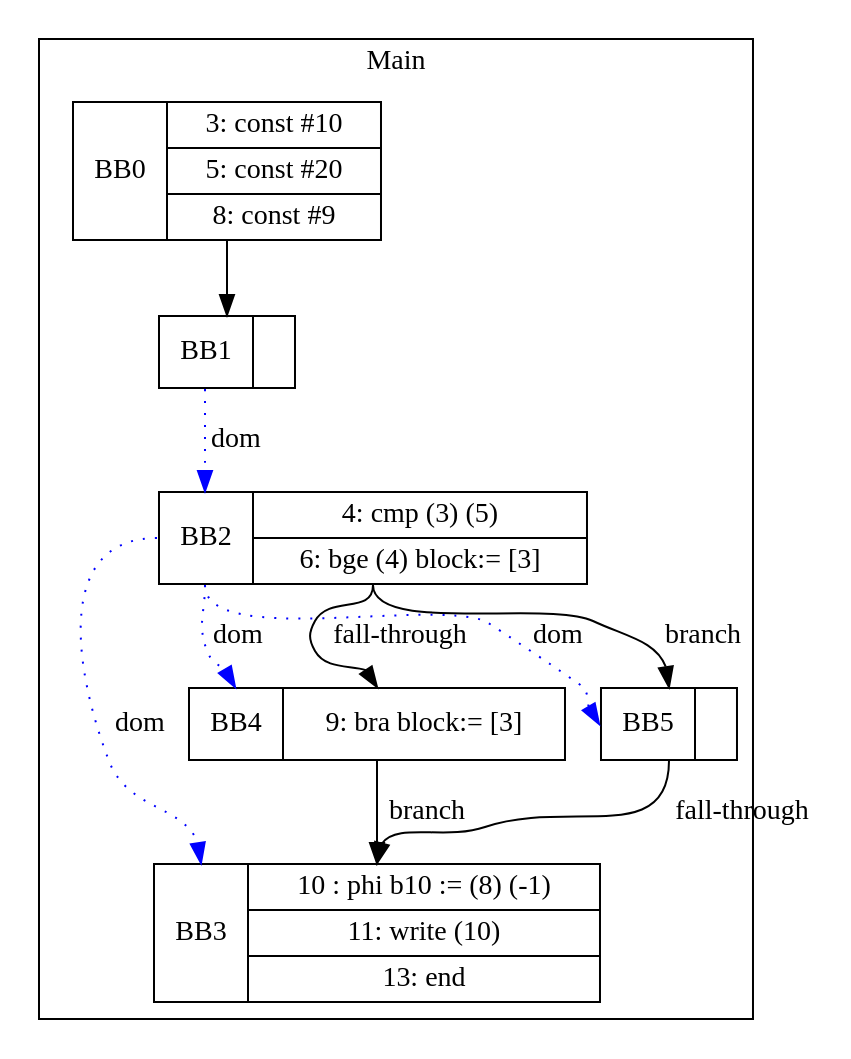
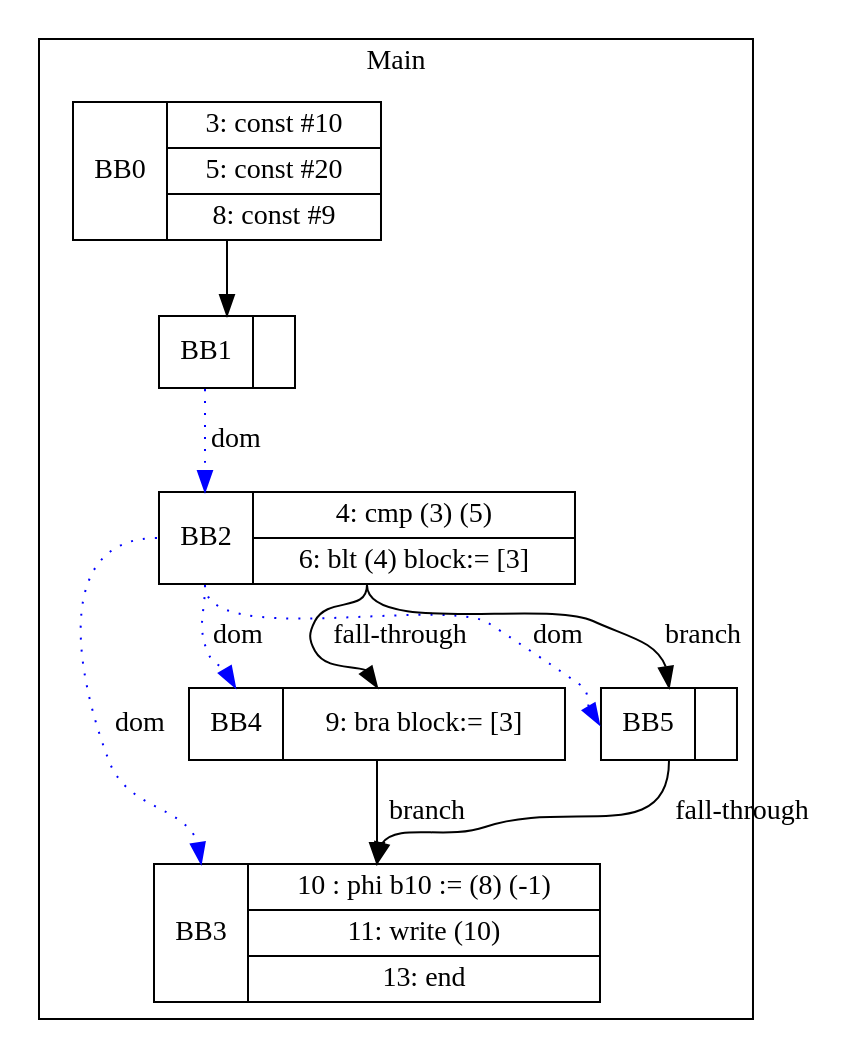
One commit to zjc664656505/UCI-CS241-Advanced-Compiler-main changed the diagram in visualization/Simon/if_no_else.gv. Above: the diagram before and after it, drawn with Graphviz. The commit also changed 46 other files, not shown here.

```diff
--- a/visualization/Simon/if_no_else.gv
+++ b/visualization/Simon/if_no_else.gv
@@ -1,21 +1,21 @@
 digraph G {
 node [shape=record];
 subgraph cluster_main{
 label = "Main";
 BB0 [shape=record, label="<b>BB0|{3: const #10|5: const #20|8: const #9}"];
 BB1 [shape=record, label="<b>BB1|}"];
-BB2 [shape=record, label="<b>BB2|{4: cmp (3) (5)|6: bge (4) block:= [3]}"];
+BB2 [shape=record, label="<b>BB2|{4: cmp (3) (5)|6: blt (4) block:= [3]}"];
 BB3 [shape=record, label="<b>BB3|{10 : phi b10 := (8) (-1)|11: write (10)|13: end}"];
 BB4 [shape=record, label="<b>BB4|{9: bra block:= [3]}"];
 BB5 [shape=record, label="<b>BB5|}"];
 }
 BB0:s -> BB1:n ;
 BB2:b -> BB3:b [color=blue, style=dotted, label="dom"];
 BB2:b -> BB4:b [color=blue, style=dotted, label="dom"];
 BB1:b -> BB2:b [color=blue, style=dotted, label="dom"];
 BB2:b -> BB5:b [color=blue, style=dotted, label="dom"];
 BB2:s -> BB5:n [label="branch"];
 BB4:s -> BB3:n [label="branch"];
 BB5:s -> BB3:n [label="fall-through"];
 BB2:s -> BB4:n [label="fall-through"];
 }
```
